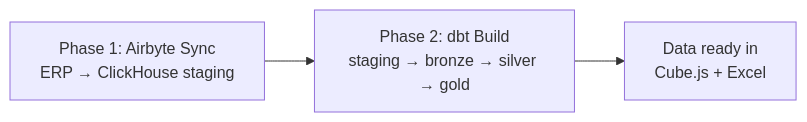
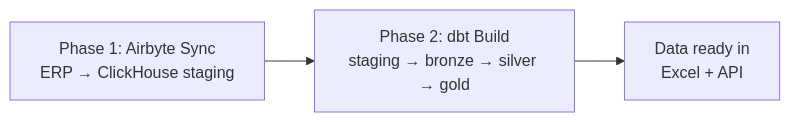
One commit to grynn-in/konsolidat changed the second of 2 diagrams in docs/user-guide/initial-setup-guide.md. Above: the diagram before and after it, drawn with Mermaid. The commit also changed other lines of this file and 43 other files, not shown here.

````diff
--- a/docs/user-guide/initial-setup-guide.md
+++ b/docs/user-guide/initial-setup-guide.md
@@ -296,5 +296,5 @@
 ```mermaid
 graph LR
     SYNC[Phase 1: Airbyte Sync<br/>ERP → ClickHouse staging] --> DBT[Phase 2: dbt Build<br/>staging → bronze → silver → gold]
-    DBT --> READY[Data ready in<br/>Cube.js + Excel]
+    DBT --> READY[Data ready in<br/>Excel + API]
 ```
````
